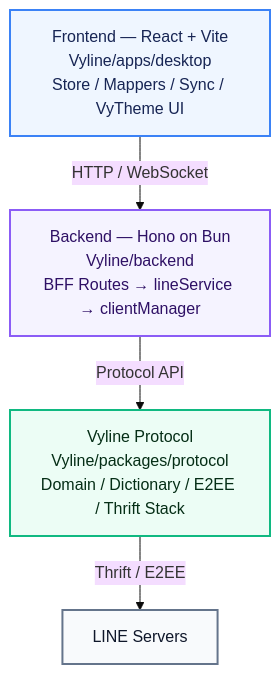
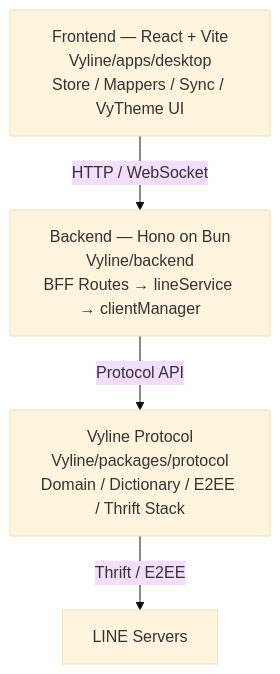
Before and after one commit to nezumi0627/vyline: the diagram in README.md, drawn with Mermaid (base theme). The commit also changed other lines of this file and 18 other files, not shown here.

````diff
--- a/README.md
+++ b/README.md
@@ -245,21 +285,11 @@
 ```mermaid
 flowchart TB
     FE["Frontend — React + Vite<br/>Vyline/apps/desktop<br/>Store / Mappers / Sync / VyTheme UI"]
     BE["Backend — Hono on Bun<br/>Vyline/backend<br/>BFF Routes → lineService → clientManager"]
     VP["Vyline Protocol<br/>Vyline/packages/protocol<br/>Domain / Dictionary / E2EE / Thrift Stack"]
     LS["LINE Servers"]
 
     FE -->|HTTP / WebSocket| BE
     BE -->|Protocol API| VP
     VP -->|Thrift / E2EE| LS
-
-    classDef frontend fill:#eff6ff,stroke:#3b82f6,color:#172554,stroke-width:2px;
-    classDef backend fill:#f5f3ff,stroke:#8b5cf6,color:#2e1065,stroke-width:2px;
-    classDef protocol fill:#ecfdf5,stroke:#10b981,color:#052e16,stroke-width:2px;
-    classDef external fill:#f8fafc,stroke:#64748b,color:#0f172a,stroke-width:2px;
-
-    class FE frontend;
-    class BE backend;
-    class VP protocol;
-    class LS external;
 ```
````
